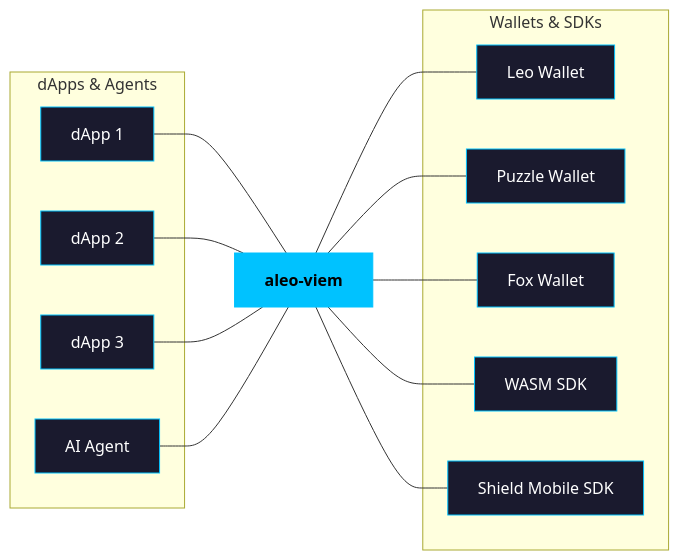
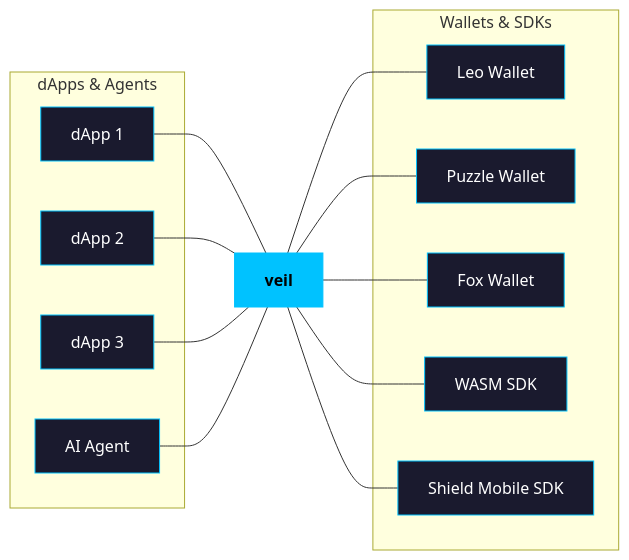
One commit to ProvableHQ/veil changed the second of 3 diagrams in docs/justification.md. Above: the diagram before and after it, drawn with Mermaid. The commit also changed other lines of this file and 47 other files, not shown here.

Commit message:
Rename to aleo-viem and add an example

````diff
--- a/docs/justification.md
+++ b/docs/justification.md
@@ -79,40 +79,40 @@
 ```mermaid
 graph LR
     subgraph dApps & Agents
         D1[dApp 1]
         D2[dApp 2]
         D3[dApp 3]
         A1[AI Agent]
     end
 
-    AV[aleo-viem]
+    AV[veil]
 
     subgraph Wallets & SDKs
         W1[Leo Wallet]
         W2[Puzzle Wallet]
         W3[Fox Wallet]
         S1[WASM SDK]
         S2[Shield Mobile SDK]
     end
 
     D1 --- AV
     D2 --- AV
     D3 --- AV
     A1 --- AV
     AV --- W1
     AV --- W2
     AV --- W3
     AV --- S1
     AV --- S2
 
     style AV fill:#00C2FF,stroke:#00C2FF,color:#000,font-weight:bold
     style D1 fill:#1a1a2e,stroke:#00C2FF,color:#fff
     style D2 fill:#1a1a2e,stroke:#00C2FF,color:#fff
     style D3 fill:#1a1a2e,stroke:#00C2FF,color:#fff
     style A1 fill:#1a1a2e,stroke:#00C2FF,color:#fff
     style W1 fill:#1a1a2e,stroke:#00C2FF,color:#fff
     style W2 fill:#1a1a2e,stroke:#00C2FF,color:#fff
     style W3 fill:#1a1a2e,stroke:#00C2FF,color:#fff
     style S1 fill:#1a1a2e,stroke:#00C2FF,color:#fff
     style S2 fill:#1a1a2e,stroke:#00C2FF,color:#fff
 ```
````
